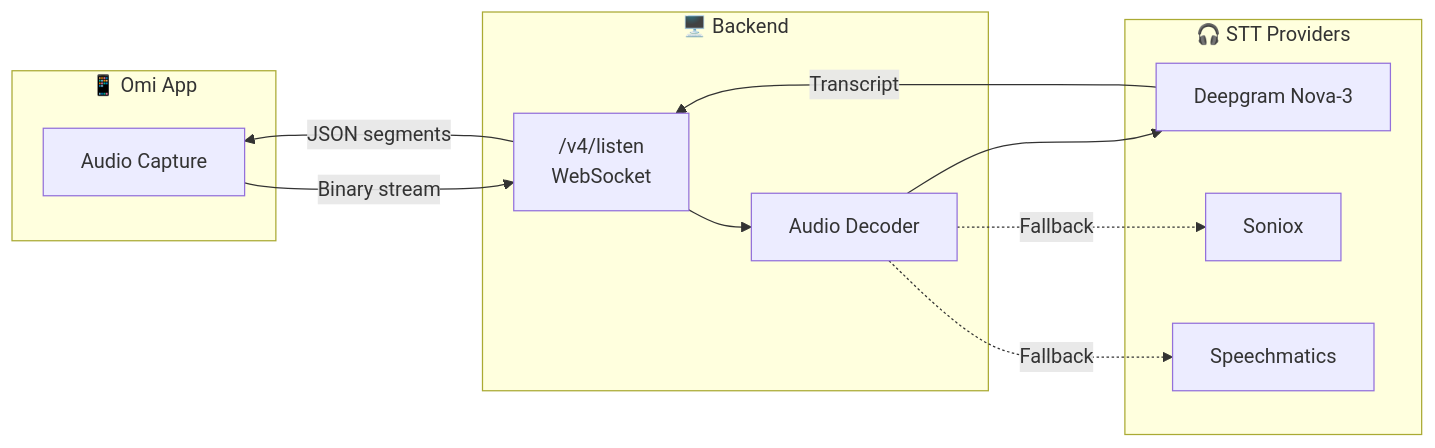
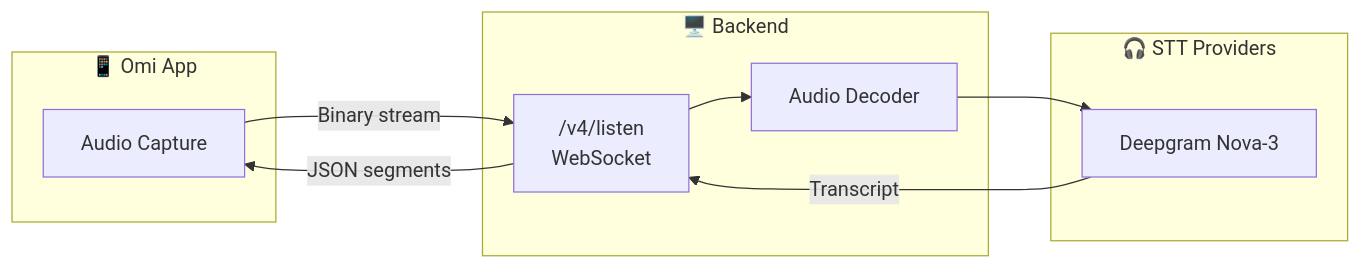
One commit to DG303/omi changed the first of 5 diagrams in docs/doc/developer/backend/transcription.mdx. Above: the diagram before and after it, drawn with Mermaid. The commit also changed other lines of this file, not shown here.

````diff
--- a/docs/doc/developer/backend/transcription.mdx
+++ b/docs/doc/developer/backend/transcription.mdx
@@ -11,25 +11,21 @@
 ```mermaid
 flowchart LR
     subgraph Client["📱 Omi App"]
         Audio[Audio Capture]
     end
 
     subgraph Backend["🖥️ Backend"]
         WS["/v4/listen<br/>WebSocket"]
         Decode[Audio Decoder]
     end
 
     subgraph STT["🎧 STT Providers"]
         DG[Deepgram Nova-3]
-        Soniox[Soniox]
-        SM[Speechmatics]
     end
 
     Audio -->|Binary stream| WS
     WS --> Decode
     Decode --> DG
-    Decode -.->|Fallback| Soniox
-    Decode -.->|Fallback| SM
     DG -->|Transcript| WS
     WS -->|JSON segments| Audio
 ```
````
